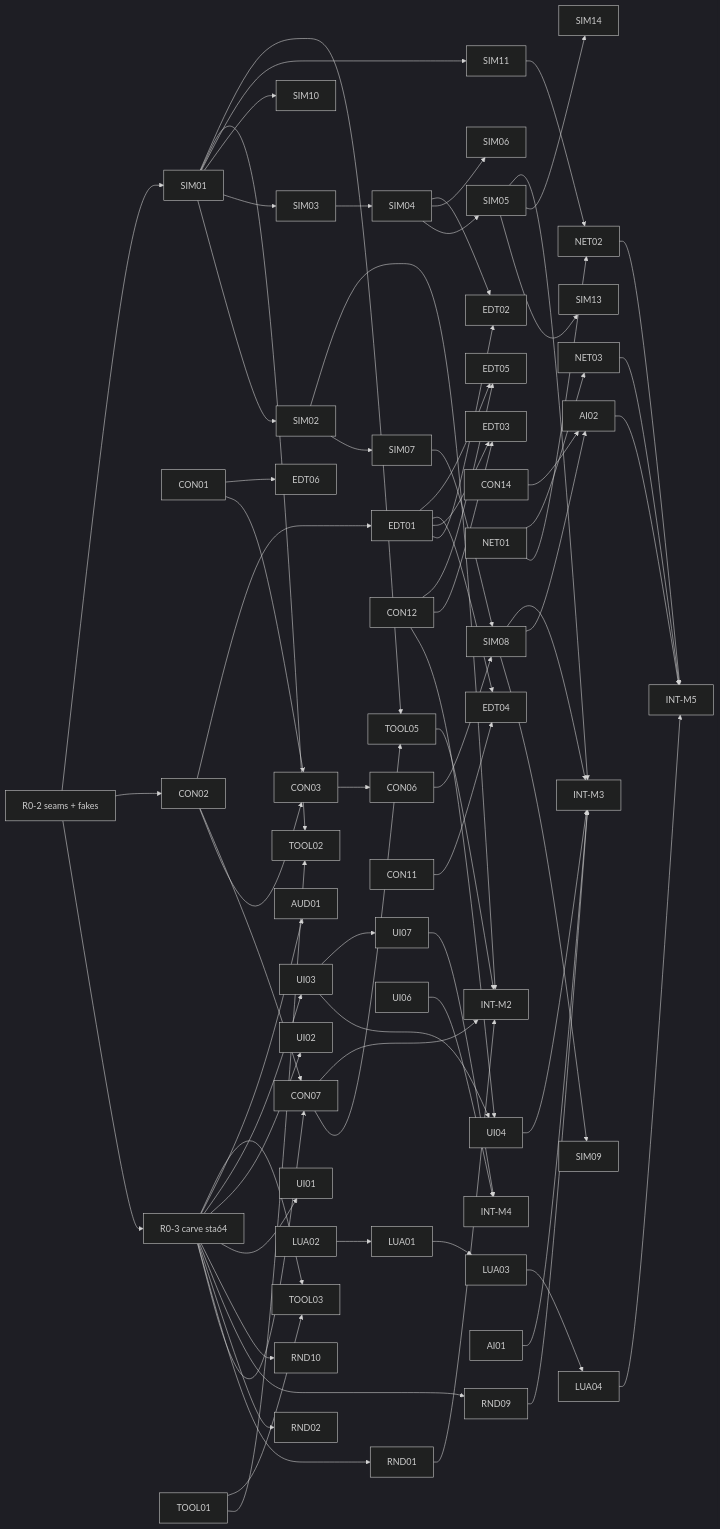
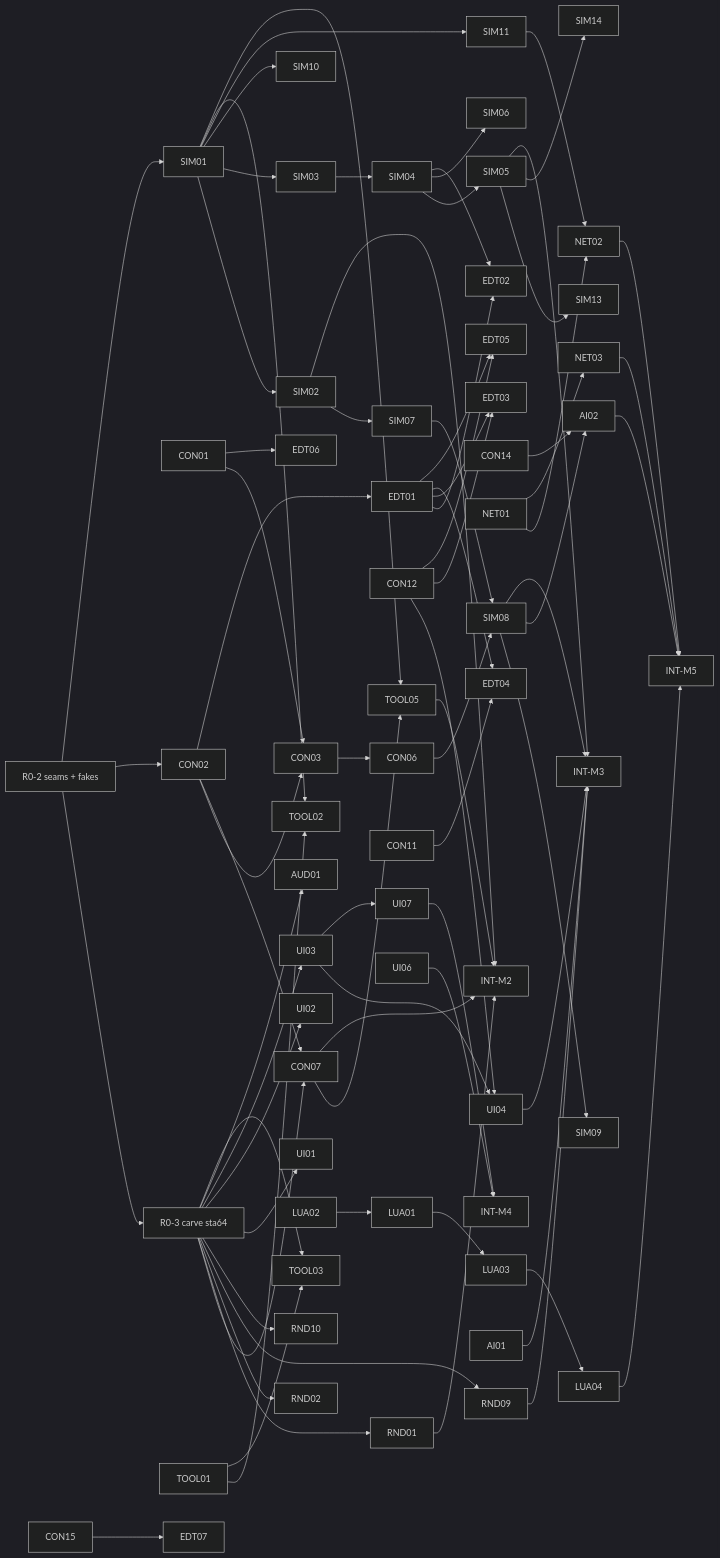
One commit to TamsynnImogen/STA64 changed the diagram in docs/WORKPLAN.md. Above: the diagram before and after it, drawn with Mermaid (dark theme). The commit also changed other lines of this file, not shown here.

First line of the commit message:
WORKPLAN: EDT-07 archive tool (FPQ v1/v2, ZFS: read and pack)

````diff
--- a/docs/WORKPLAN.md
+++ b/docs/WORKPLAN.md
@@ -596,23 +597,23 @@
 ```mermaid
 graph LR
   R0[R0-2 seams + fakes] --> R03[R0-3 carve sta64]
   CON01 --> CON03; CON02 --> CON03; R0 --> CON02
   CON02 --> CON07; R03 --> CON07
   R0 --> SIM01 --> SIM02 & SIM03 & SIM10 & SIM11
   SIM03 --> SIM04 --> SIM05 --> SIM13 & SIM14
   SIM04 --> SIM06
   SIM02 --> SIM07 --> SIM08 --> SIM09
   CON03 --> CON06 --> SIM08
   R03 --> RND01 & RND02 & RND09 & RND10 & UI01 & UI02 & UI03 & AUD01 & TOOL03
   UI03 --> UI04 & UI07; CON12 --> UI04
   TOOL01 --> TOOL02 & TOOL03; SIM01 --> TOOL02
   CON07 --> TOOL05; SIM01 --> TOOL05
   SIM08 --> AI02; CON14 --> AI02
   NET01 --> NET02 & NET03; SIM11 --> NET02
-  CON02 --> EDT01 --> EDT02 & EDT03 & EDT04 & EDT05; SIM04 --> EDT02; CON12 --> EDT03 & EDT05; CON11 --> EDT04; CON01 --> EDT06
+  CON02 --> EDT01 --> EDT02 & EDT03 & EDT04 & EDT05; SIM04 --> EDT02; CON12 --> EDT03 & EDT05; CON11 --> EDT04; CON01 --> EDT06; CON15 --> EDT07
   LUA02 --> LUA01 --> LUA03 --> LUA04
   CON07 & SIM02 & RND01 & TOOL05 --> INTM2[INT-M2]
   SIM05 & SIM08 & RND09 & UI04 & AI01 --> INTM3[INT-M3]
   UI07 & UI06 --> INTM4[INT-M4]
   NET02 & NET03 & AI02 & LUA04 --> INTM5[INT-M5]
 ```
````
